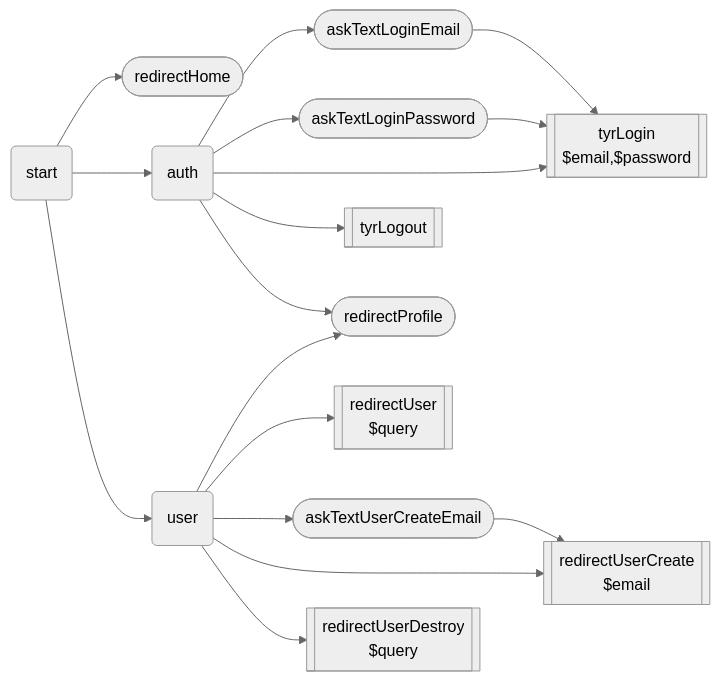
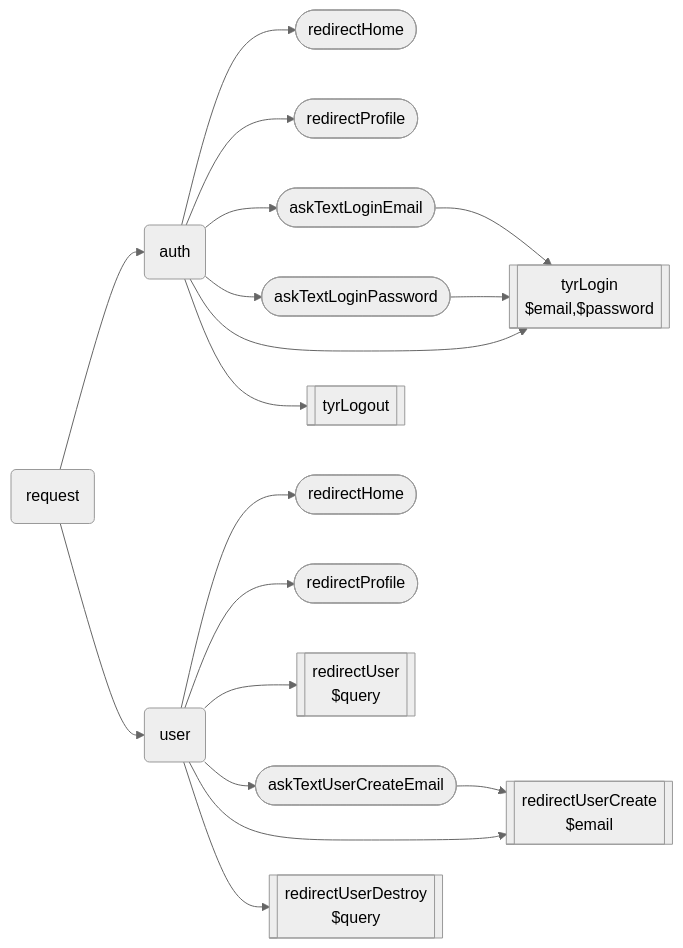
The diagram in resources/agent/flowchart.md (blocs/admin), drawn with Mermaid (neutral theme) before and after one commit. The commit also changed 7 other files, not shown here.

````diff
--- a/resources/agent/flowchart.md
+++ b/resources/agent/flowchart.md
@@ -1,23 +1,24 @@
 ```mermaid
 flowchart LR
-    start(start) --> Home([redirectHome])
-    start --> auth(auth)
+    request(request) --> auth(auth)
+        auth --> Home1([redirectHome])
+        auth --> Profile1([redirectProfile])
         auth --> TextLoginEmail([askTextLoginEmail])
         auth --> TextLoginPassword([askTextLoginPassword])
         auth --> Login[[tyrLogin
         $email,$password]]
         TextLoginEmail --> Login
         TextLoginPassword --> Login
         auth --> Logout[[tyrLogout]]
-        auth --> Profile([redirectProfile])
-    start --> user(user)
-        user --> Profile([redirectProfile])
+    request --> user(user)
+        user --> Home2([redirectHome])
+        user --> Profile2([redirectProfile])
         user --> User[[redirectUser
         $query]]
         user --> TextUserCreateEmail([askTextUserCreateEmail])
         user --> UserCreate[[redirectUserCreate
         $email]]
         TextUserCreateEmail --> UserCreate
         user --> UserDestroy[[redirectUserDestroy
         $query]]
 ```
````
